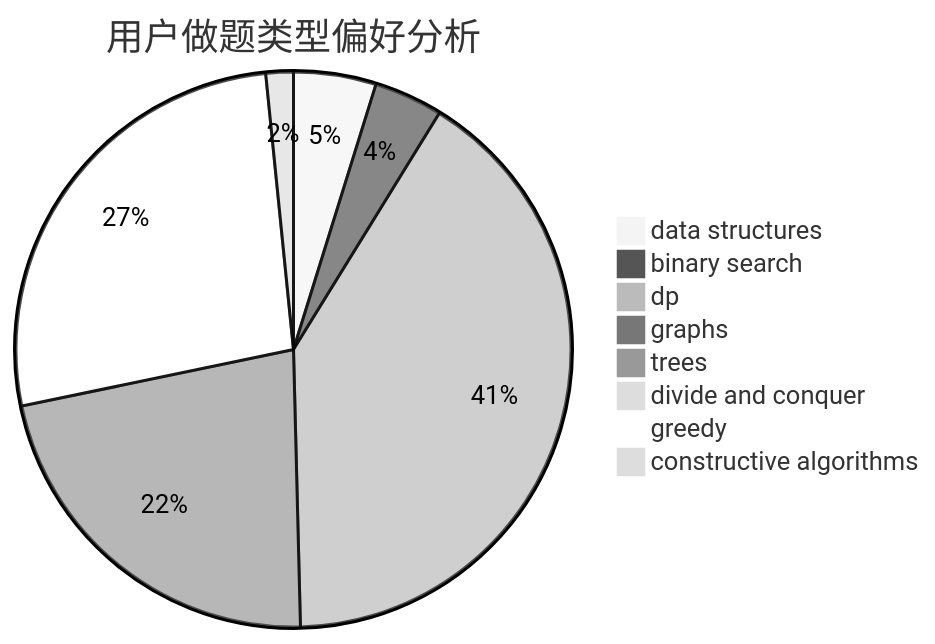
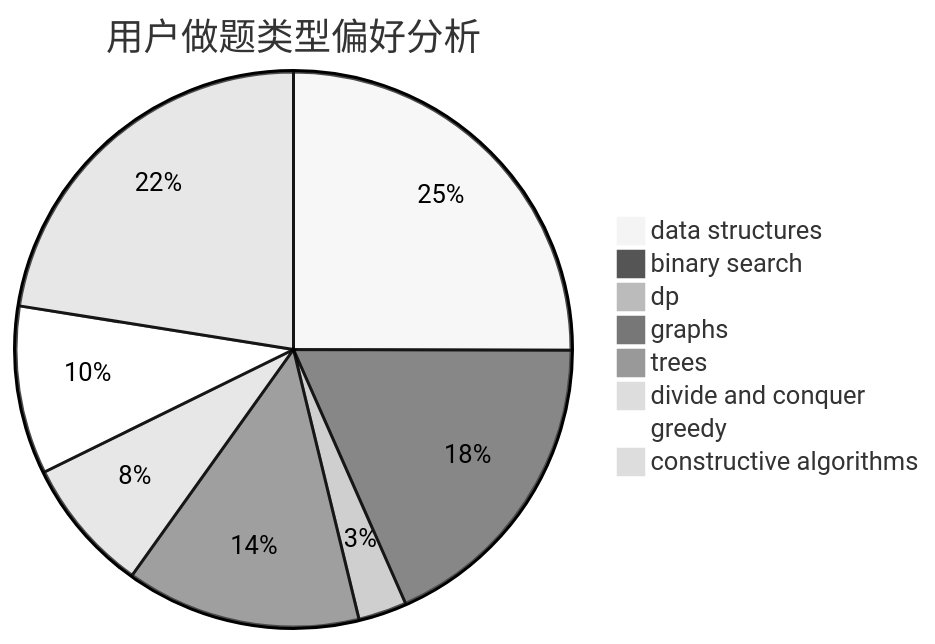
One commit to sherpahu/cfrs.github.io changed the second of 3 diagrams in docs/user/u1872.md. Above: the diagram before and after it, drawn with Mermaid (neutral theme). The commit also changed other lines of this file and 2770 other files, not shown here.

````diff
--- a/docs/user/u1872.md
+++ b/docs/user/u1872.md
@@ -23,11 +23,11 @@
 ```mermaid
 pie title 用户做题类型偏好分析
-    "data structures" :  18
-    "binary search" :  15
-    "dp" :  153
-    "graphs" :  1
-    "trees" :  83
-    "divide and conquer" :  0
-    "greedy" :  100
-    "constructive algorithms" :  6
+    "data structures" :  284
+    "binary search" :  208
+    "dp" :  32
+    "graphs" :  155
+    "trees" :  8
+    "divide and conquer" :  89
+    "greedy" :  111
+    "constructive algorithms" :  255
 ```
````
